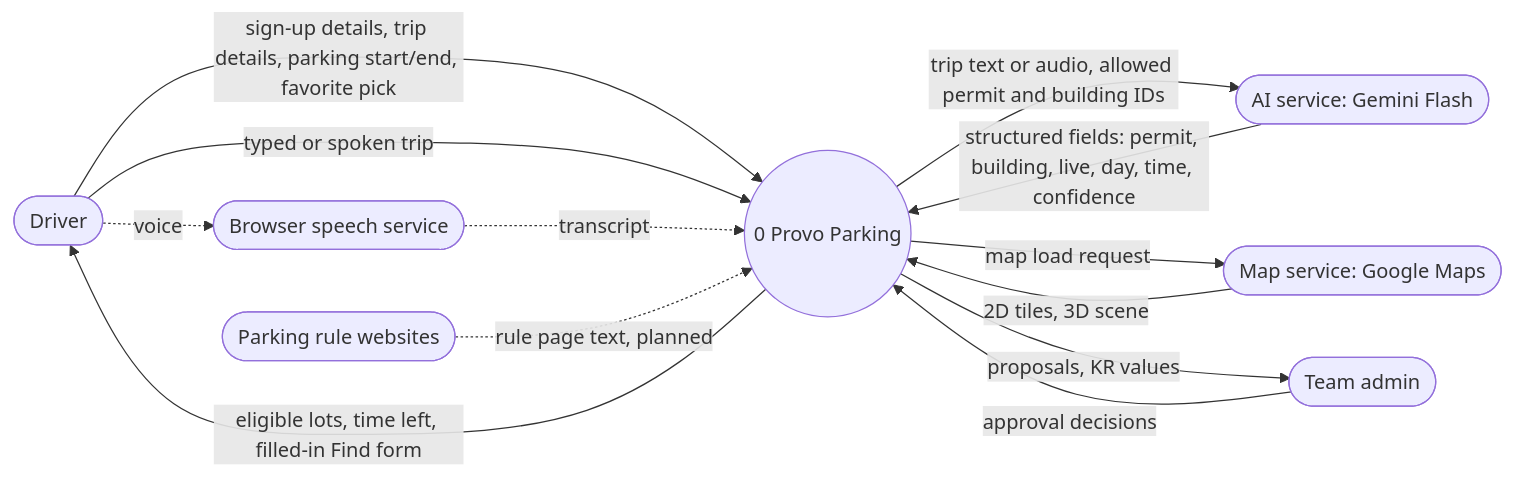
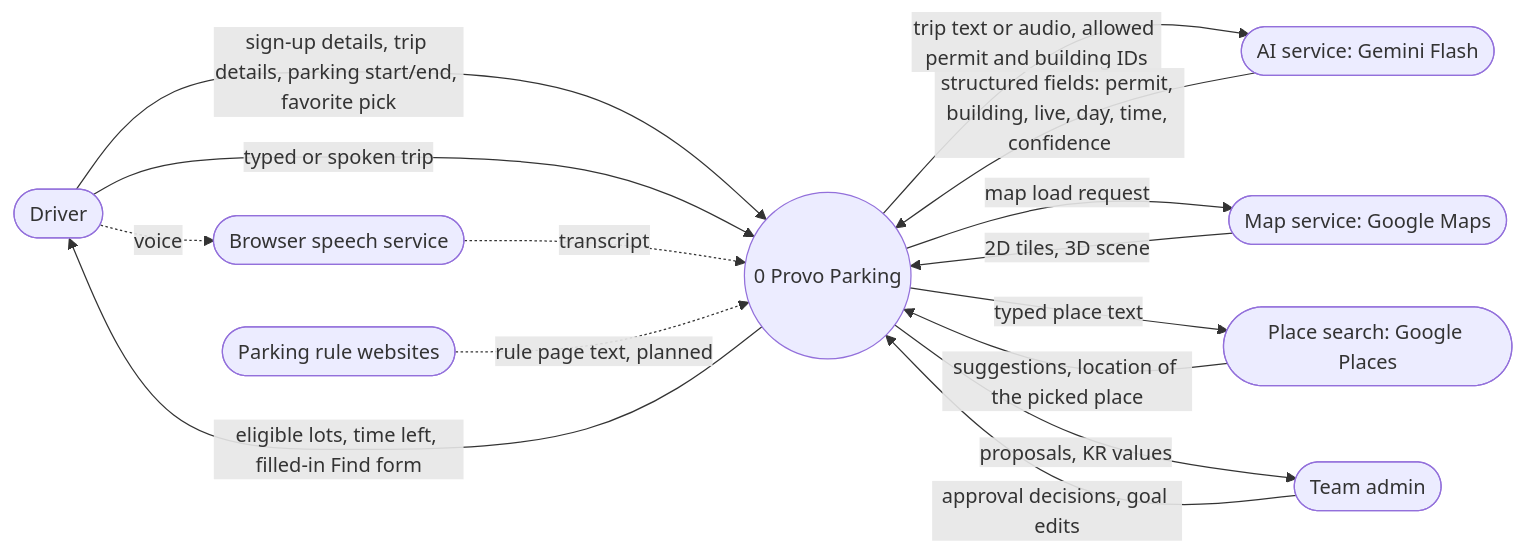
One commit to ParkerMorris11/ProvoParking changed the second of 3 diagrams in README.md. Above: the diagram before and after it, drawn with Mermaid. The commit also changed other lines of this file, not shown here.

First line of the commit message:
Rewrite README to match the app: search, Places, AI backup reader, migrations, DFD

````diff
--- a/README.md
+++ b/README.md
@@ -224,24 +117,27 @@
 ```mermaid
 flowchart LR
   Driver([Driver])
   Admin([Team admin])
   Sites([Parking rule websites])
   AI([AI service: Gemini Flash])
   Maps([Map service: Google Maps])
   Speech([Browser speech service])
+  Places([Place search: Google Places])
 
   P0((0 Provo Parking))
 
   Driver -->|sign-up details, trip details, parking start/end, favorite pick| P0
   Driver -->|typed or spoken trip| P0
   P0 -->|eligible lots, time left, filled-in Find form| Driver
   Driver -.->|voice| Speech
   Speech -.->|transcript| P0
   P0 -->|trip text or audio, allowed permit and building IDs| AI
   AI -->|structured fields: permit, building, live, day, time, confidence| P0
   P0 -->|map load request| Maps
   Maps -->|2D tiles, 3D scene| P0
-  Admin -->|approval decisions| P0
+  P0 -->|typed place text| Places
+  Places -->|suggestions, location of the picked place| P0
+  Admin -->|approval decisions, goal edits| P0
   P0 -->|proposals, KR values| Admin
   Sites -.->|rule page text, planned| P0
 ```
````
